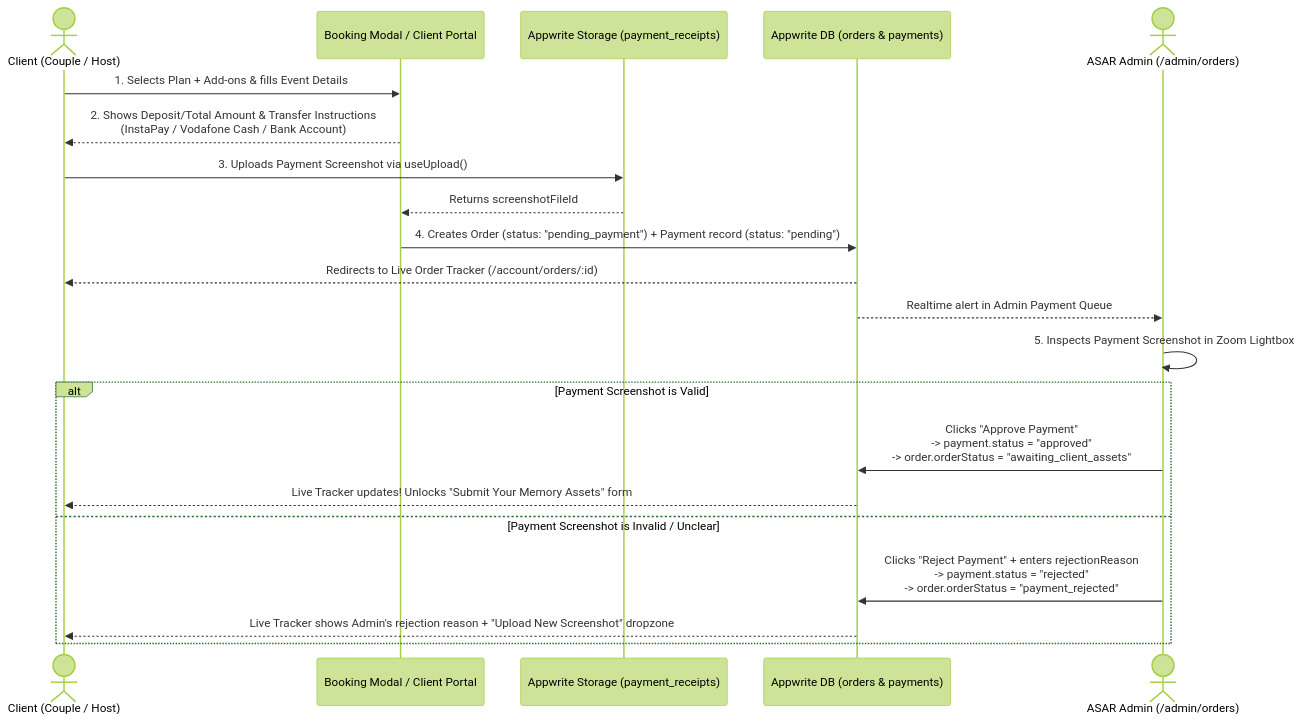
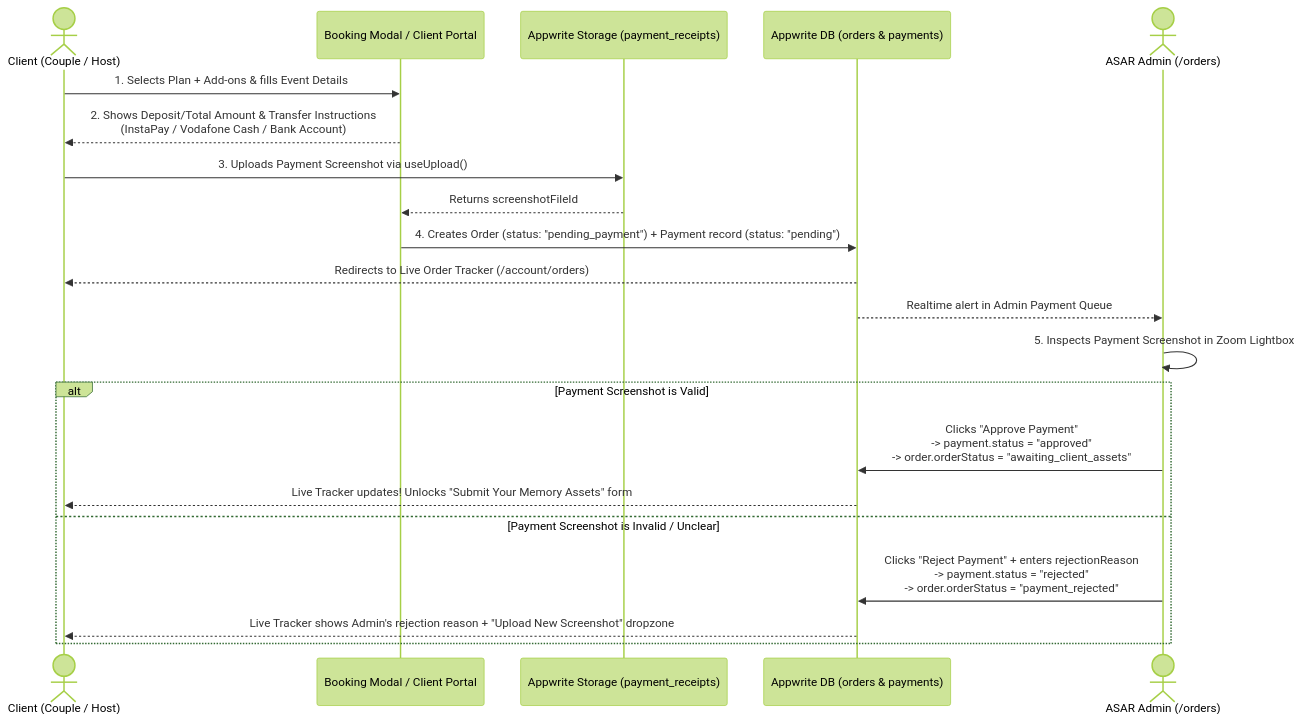
Before and after one commit to moFUNCTION/Asar: the second of 5 diagrams in docs/ASAR_PROJECT_ARCHITECTURE.md, drawn with Mermaid (forest theme). The commit also changed other lines of this file and 500 other files, not shown here.

````diff
--- a/docs/ASAR_PROJECT_ARCHITECTURE.md
+++ b/docs/ASAR_PROJECT_ARCHITECTURE.md
@@ -157,26 +341,26 @@
 ```mermaid
 sequenceDiagram
     actor Client as Client (Couple / Host)
     participant BookingUI as Booking Modal / Client Portal
     participant Storage as Appwrite Storage (payment_receipts)
     participant DB as Appwrite DB (orders & payments)
-    actor Admin as ASAR Admin (/admin/orders)
+    actor Admin as ASAR Admin (/orders)
 
     Client->>BookingUI: 1. Selects Plan + Add-ons & fills Event Details
     BookingUI-->>Client: 2. Shows Deposit/Total Amount & Transfer Instructions<br/>(InstaPay / Vodafone Cash / Bank Account)
     Client->>Storage: 3. Uploads Payment Screenshot via useUpload()
     Storage-->>BookingUI: Returns screenshotFileId
     BookingUI->>DB: 4. Creates Order (status: "pending_payment") + Payment record (status: "pending")
-    DB-->>Client: Redirects to Live Order Tracker (/account/orders/:id)
+    DB-->>Client: Redirects to Live Order Tracker (/account/orders)
     
     DB-->>Admin: Realtime alert in Admin Payment Queue
     Admin->>Admin: 5. Inspects Payment Screenshot in Zoom Lightbox
     
     alt Payment Screenshot is Valid
         Admin->>DB: Clicks "Approve Payment"<br/>-> payment.status = "approved"<br/>-> order.orderStatus = "awaiting_client_assets"
         DB-->>Client: Live Tracker updates! Unlocks "Submit Your Memory Assets" form
     else Payment Screenshot is Invalid / Unclear
         Admin->>DB: Clicks "Reject Payment" + enters rejectionReason<br/>-> payment.status = "rejected"<br/>-> order.orderStatus = "payment_rejected"
         DB-->>Client: Live Tracker shows Admin's rejection reason + "Upload New Screenshot" dropzone
     end
 ```
````
